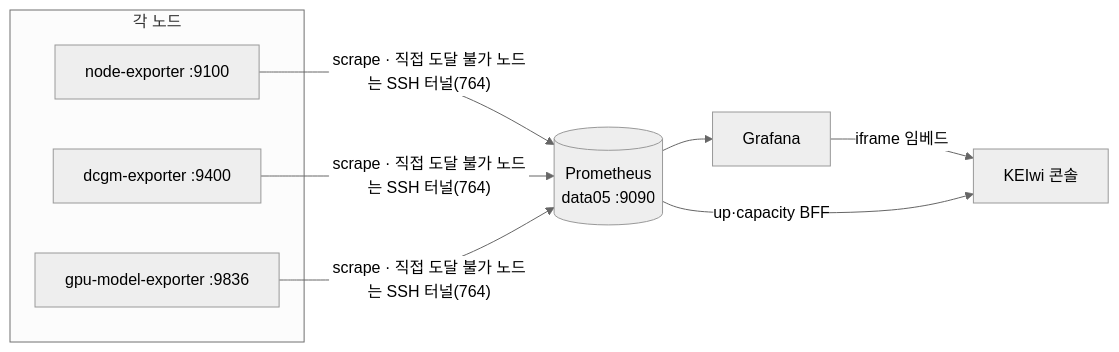
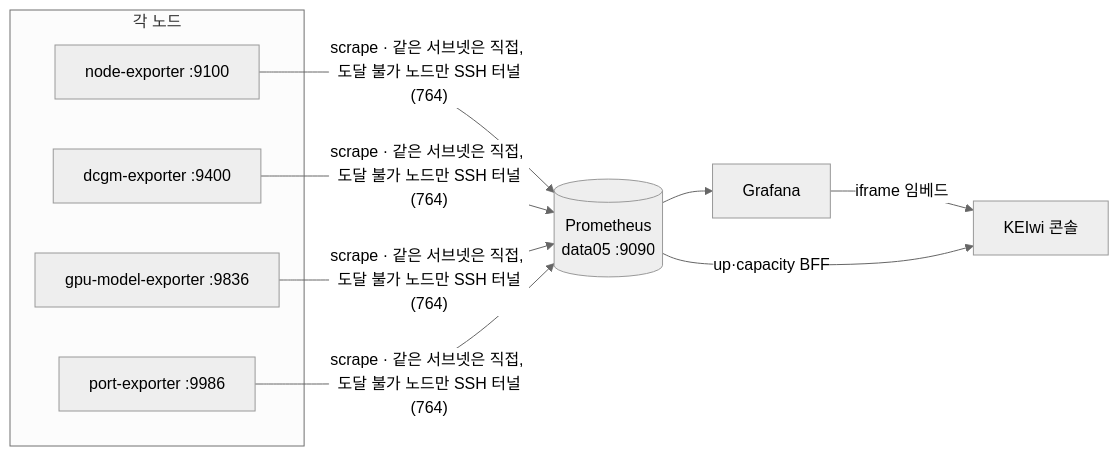
One commit to mooner92/KEIwi changed the diagram in infra/monitoring/README.md. Above: the diagram before and after it, drawn with Mermaid (neutral theme). The commit also changed other lines of this file and 19 other files, not shown here.

````diff
--- a/infra/monitoring/README.md
+++ b/infra/monitoring/README.md
@@ -11,11 +11,12 @@
 ```mermaid
 flowchart LR
   subgraph 각_노드["각 노드"]
     NE["node-exporter :9100"]
     DC["dcgm-exporter :9400"]
     GM["gpu-model-exporter :9836"]
+    PE["port-exporter :9986"]
   end
-  NE & DC & GM -->|"scrape · 직접 도달 불가 노드는 SSH 터널(764)"| P[("Prometheus<br/>data05 :9090")]
+  NE & DC & GM & PE -->|"scrape · 같은 서브넷은 직접, 도달 불가 노드만 SSH 터널(764)"| P[("Prometheus<br/>data05 :9090")]
   P --> G["Grafana"] -->|"iframe 임베드"| C["KEIwi 콘솔"]
   P -->|"up·capacity BFF"| C
 ```
````
